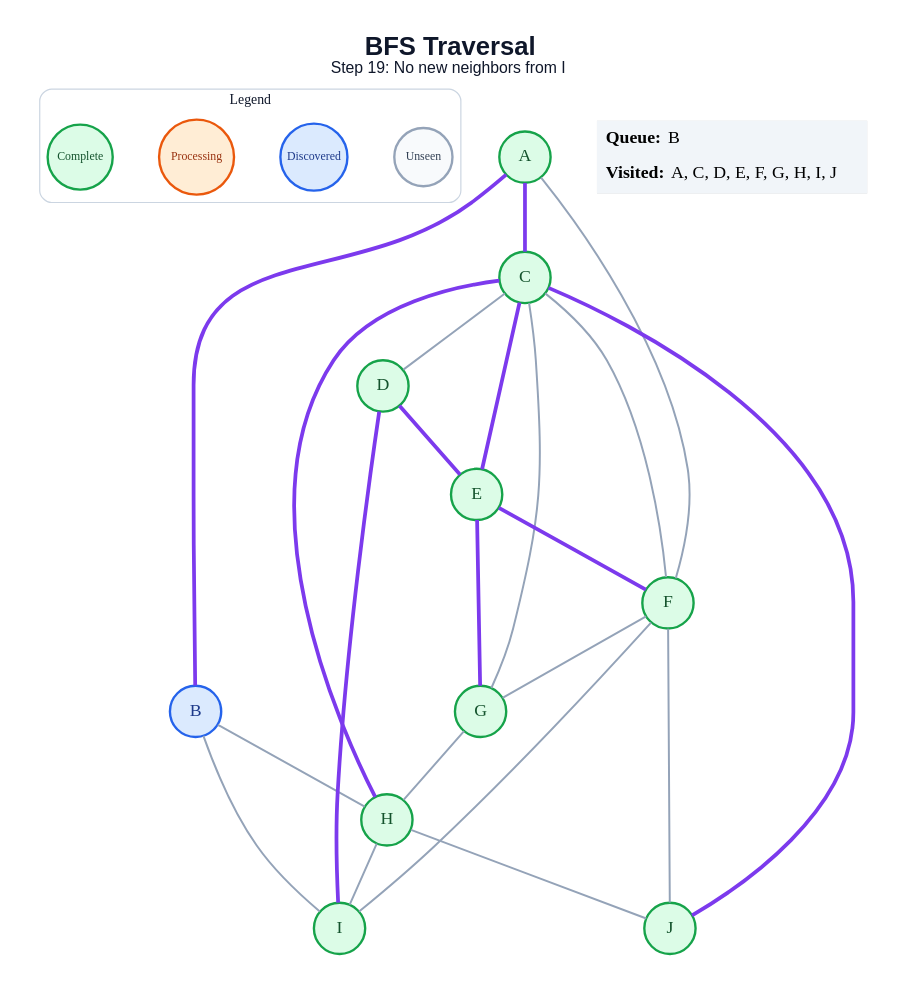
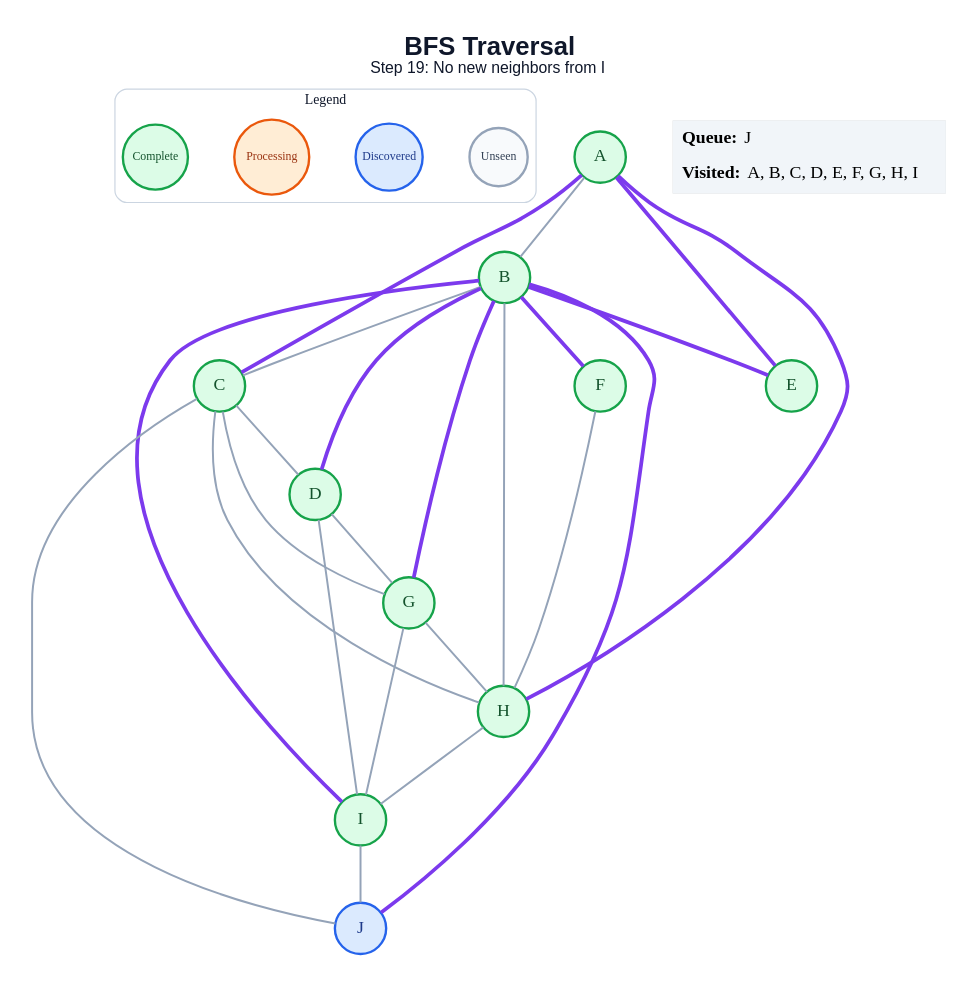
The diagram in generated/specific-node/bfs/step_19.dot (amanghodawala9/ai-slop), drawn with Graphviz before and after one commit. The commit also changed 178 other files, not shown here.

```diff
--- a/generated/specific-node/bfs/step_19.dot
+++ b/generated/specific-node/bfs/step_19.dot
@@ -1,50 +1,52 @@
 graph traversal {
   graph [layout=dot, rankdir=TB, bgcolor="#FFFFFF", pad="0.35", nodesep="0.65", ranksep="0.8", fontname="Arial"];
   node [shape=circle, style="filled", fontname="Arial Bold", fontsize=18, width=0.72, fixedsize=true, penwidth=2.4];
   edge [color="#94A3B8", penwidth=2.0];
   label=<<B>BFS Traversal</B><BR/><FONT POINT-SIZE="16">Step 19: No new neighbors from I</FONT>>; labelloc="t"; fontsize=26; fontname="Arial"; fontcolor="#0F172A";
   subgraph cluster_legend { label="Legend"; color="#CBD5E1"; penwidth=1.2; style="rounded"; fontsize=14; fontname="Arial Bold";
     key_unseen [label="Unseen", fillcolor="#F8FAFC", color="#94A3B8", fontcolor="#334155", fontsize=12, width=0.82];
     key_frontier [label="Discovered", fillcolor="#DBEAFE", color="#2563EB", fontcolor="#1E3A8A", fontsize=12, width=0.95];
     key_current [label="Processing", fillcolor="#FFEDD5", color="#EA580C", fontcolor="#9A3412", fontsize=12, width=1.05];
     key_done [label="Complete", fillcolor="#DCFCE7", color="#16A34A", fontcolor="#14532D", fontsize=12, width=0.92];
     { rank=same; key_unseen; key_frontier; key_current; key_done; }
   }
   A [fillcolor="#DCFCE7", color="#16A34A", fontcolor="#14532D"];
-  B [fillcolor="#DBEAFE", color="#2563EB", fontcolor="#1E3A8A"];
+  B [fillcolor="#DCFCE7", color="#16A34A", fontcolor="#14532D"];
   C [fillcolor="#DCFCE7", color="#16A34A", fontcolor="#14532D"];
   D [fillcolor="#DCFCE7", color="#16A34A", fontcolor="#14532D"];
   E [fillcolor="#DCFCE7", color="#16A34A", fontcolor="#14532D"];
   F [fillcolor="#DCFCE7", color="#16A34A", fontcolor="#14532D"];
   G [fillcolor="#DCFCE7", color="#16A34A", fontcolor="#14532D"];
   H [fillcolor="#DCFCE7", color="#16A34A", fontcolor="#14532D"];
   I [fillcolor="#DCFCE7", color="#16A34A", fontcolor="#14532D"];
-  J [fillcolor="#DCFCE7", color="#16A34A", fontcolor="#14532D"];
-  A -- B [color="#7C3AED", penwidth=3.8];
+  J [fillcolor="#DBEAFE", color="#2563EB", fontcolor="#1E3A8A"];
+  A -- B;
   A -- C [color="#7C3AED", penwidth=3.8];
-  A -- F;
+  A -- E [color="#7C3AED", penwidth=3.8];
+  A -- H [color="#7C3AED", penwidth=3.8];
+  B -- C;
+  B -- D [color="#7C3AED", penwidth=3.8];
+  B -- E [color="#7C3AED", penwidth=3.8];
+  B -- F [color="#7C3AED", penwidth=3.8];
+  B -- G [color="#7C3AED", penwidth=3.8];
   B -- H;
-  B -- I;
+  B -- I [color="#7C3AED", penwidth=3.8];
+  B -- J [color="#7C3AED", penwidth=3.8];
   C -- D;
-  C -- E [color="#7C3AED", penwidth=3.8];
-  C -- F;
   C -- G;
-  C -- H [color="#7C3AED", penwidth=3.8];
-  C -- J [color="#7C3AED", penwidth=3.8];
-  D -- E [color="#7C3AED", penwidth=3.8];
-  D -- I [color="#7C3AED", penwidth=3.8];
-  E -- F [color="#7C3AED", penwidth=3.8];
-  E -- G [color="#7C3AED", penwidth=3.8];
-  F -- G;
-  F -- I;
-  F -- J;
+  C -- H;
+  C -- J;
+  D -- G;
+  D -- I;
+  F -- H;
   G -- H;
+  G -- I;
   H -- I;
-  H -- J;
+  I -- J;
   status [shape=plain, fixedsize=false, width=0, height=0, margin=0, label=<
     <TABLE BORDER="0" CELLBORDER="0" CELLPADDING="7" BGCOLOR="#F1F5F9">
-      <TR><TD ALIGN="LEFT"><B>Queue:</B> B</TD></TR>
-      <TR><TD ALIGN="LEFT"><B>Visited:</B> A, C, D, E, F, G, H, I, J</TD></TR>
+      <TR><TD ALIGN="LEFT"><B>Queue:</B> J</TD></TR>
+      <TR><TD ALIGN="LEFT"><B>Visited:</B> A, B, C, D, E, F, G, H, I</TD></TR>
     </TABLE>
   >];
 }
```
